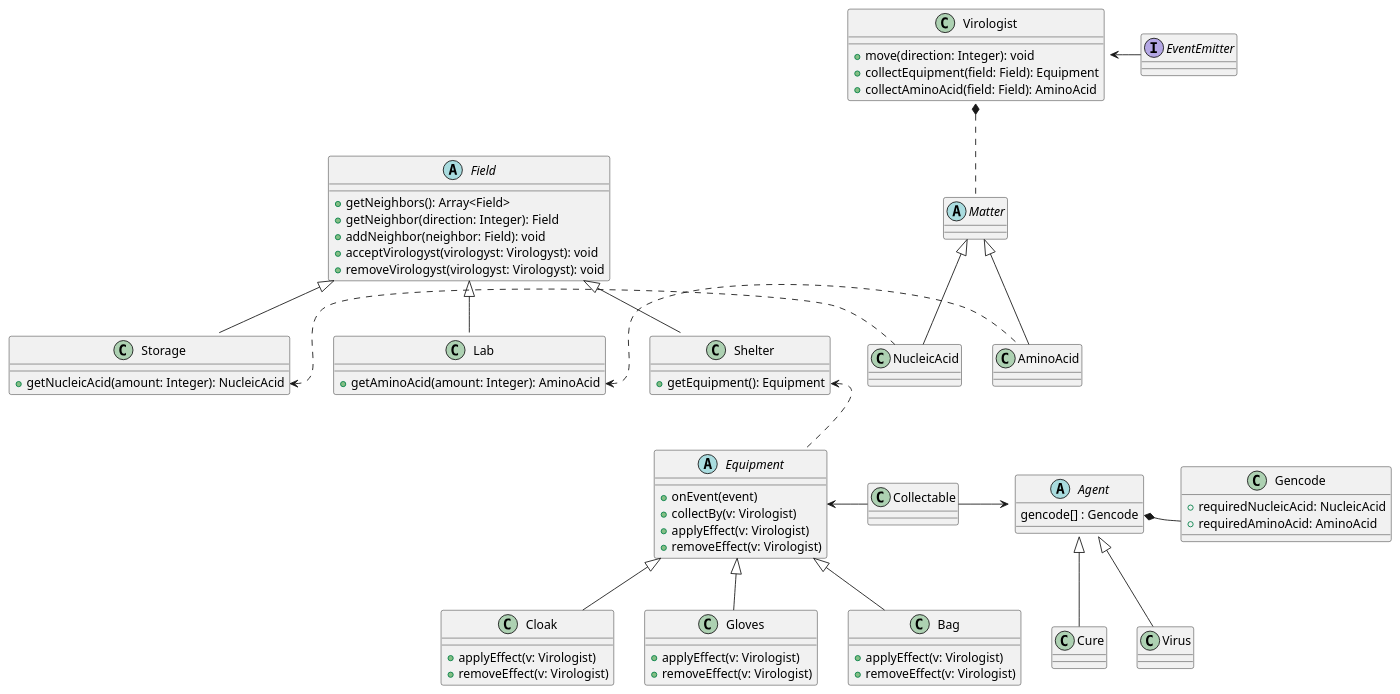
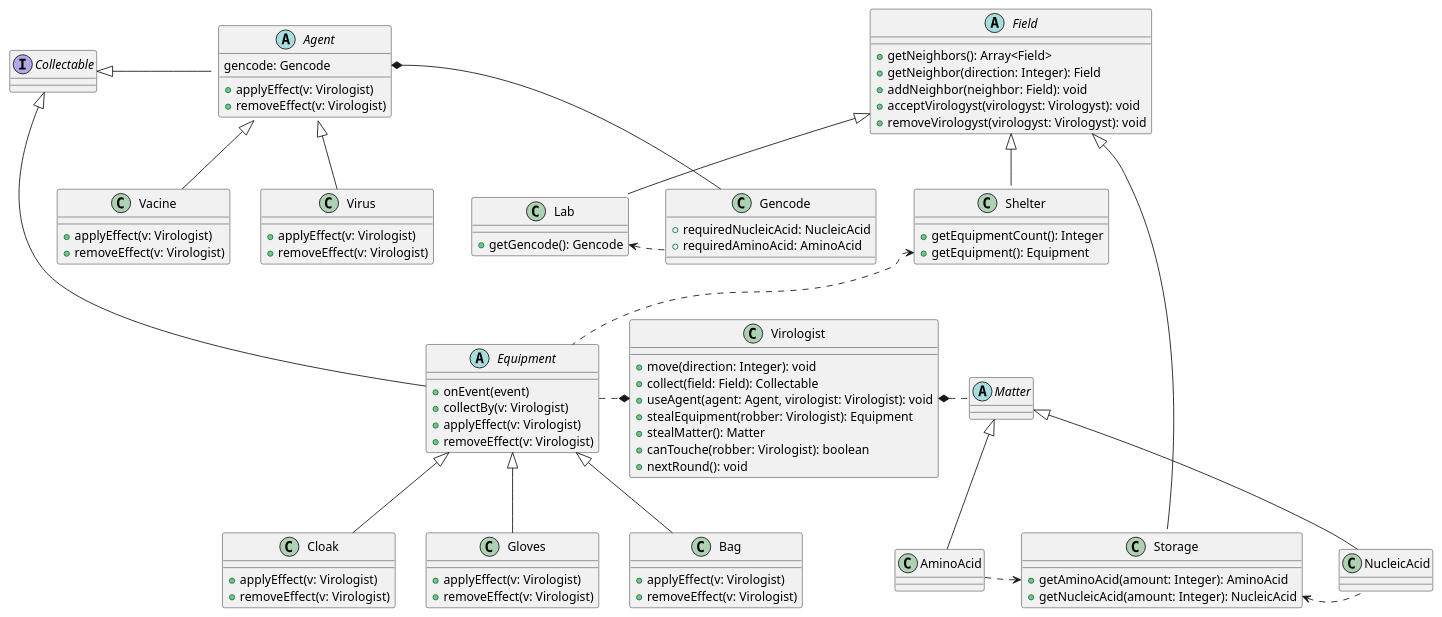
One commit to Projlab-csb/projlab-virologus changed the diagram in class-diagram/main-diagram.puml. Above: the diagram before and after it, drawn with PlantUML.

Commit message:
[wip]: Added functions and connections to classes

```diff
--- a/class-diagram/main-diagram.puml
+++ b/class-diagram/main-diagram.puml
@@ -1,97 +1,115 @@
 @startuml
 
 abstract class Field{
  +getNeighbors(): Array<Field>
  +getNeighbor(direction: Integer): Field
  +addNeighbor(neighbor: Field): void
  +acceptVirologyst(virologyst: Virologyst): void
  +removeVirologyst(virologyst: Virologyst): void
 }
 
 class Lab{
-    +getAminoAcid(amount: Integer): AminoAcid
+    +getGencode(): Gencode
 }
 class Storage{
+    +getAminoAcid(amount: Integer): AminoAcid
     +getNucleicAcid(amount: Integer): NucleicAcid
 }
 class Shelter{
+    +getEquipmentCount(): Integer
     +getEquipment(): Equipment
 }
 
-Lab::getAminoAcid <. AminoAcid
-Storage::getNucleicAcid <. NucleicAcid
+Lab::getGencode <. Gencode
+Storage::getAminoAcid <.l AminoAcid
+Storage::getNucleicAcid <.r NucleicAcid
 Shelter::getEquipment <.. Equipment
 
 Field <|-- Lab
 Field <|-- Storage
 Field <|-- Shelter
 
-
-interface EventEmitter
-
 class Virologist {
     +move(direction: Integer): void
-    +collectEquipment(field: Field): Equipment
-    +collectAminoAcid(field: Field): AminoAcid
+    +collect(field: Field): Collectable
+    +useAgent(agent: Agent, virologist: Virologist): void
+    +stealEquipment(robber: Virologist): Equipment
+    +stealMatter(): Matter
+    +canTouche(robber: Virologist): boolean
+    'Invoked at the start of the next Round eg. reduce the Agent's lifetime
+    +nextRound(): void
 }
-Virologist::matter *.d. Matter
-Virologist <- EventEmitter
+Virologist *.r. Matter
+Virologist *.l. Equipment
 
 abstract class Matter {
 
 }
 
 class AminoAcid
 class NucleicAcid
 
 Matter <|-- AminoAcid
 Matter <|-- NucleicAcid
 
 abstract class Equipment {
     +onEvent(event)
     +collectBy(v: Virologist)
     +applyEffect(v: Virologist)
     +removeEffect(v: Virologist)
 }
 
 class Cloak{
     +applyEffect(v: Virologist)
     +removeEffect(v: Virologist)
 }
 
 class Gloves{
     +applyEffect(v: Virologist)
     +removeEffect(v: Virologist)
 }
 
 class Bag{
     +applyEffect(v: Virologist)
     +removeEffect(v: Virologist)
 }
 
 Equipment <|-- Cloak
 Equipment <|-- Gloves
 Equipment <|-- Bag
 
 abstract class Agent{
-    gencode[] : Gencode
+    gencode: Gencode
+    +applyEffect(v: Virologist)
+    +removeEffect(v: Virologist)
 }
 
-class Virus
-class Cure
+class Virus{
+    +applyEffect(v: Virologist)
+    +removeEffect(v: Virologist)
+}
+class Vacine{
+    +applyEffect(v: Virologist)
+    +removeEffect(v: Virologist)
+}
 
 Agent <|-- Virus
-Agent <|-- Cure
+Agent <|-- Vacine
 
+'This Gencode is basically the crafting receipt of the Agent
 class Gencode {
     +requiredNucleicAcid: NucleicAcid
     +requiredAminoAcid: AminoAcid
 }
 
-Agent::gencode *- Gencode
+Agent::gencode *-- Gencode
 
-Agent <-l Collectable
-Equipment <- Collectable
+interface Collectable{
+
+}
+
+Collectable<|- Agent
+Collectable <|- Equipment
 
 
 @enduml
```
